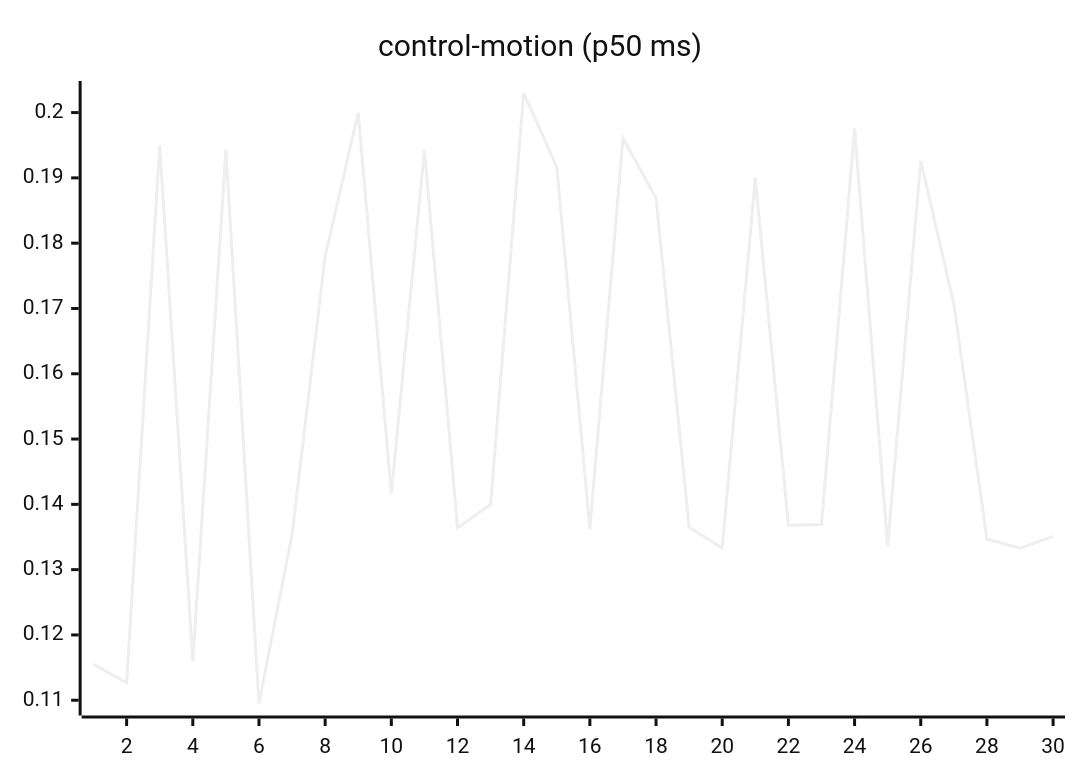
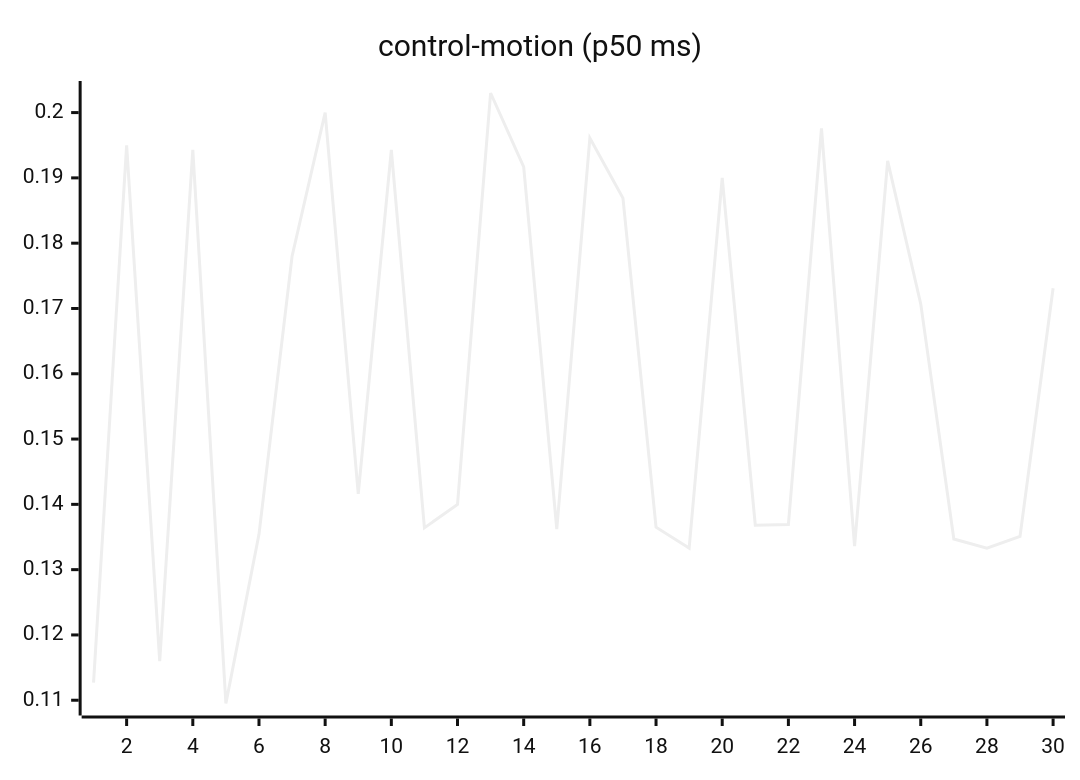
One commit to josha/Facet changed the seventh of 27 diagrams in README.md. Above: the diagram before and after it, drawn with Mermaid (neutral theme). The commit also changed other lines of this file and 2 other files, not shown here.

````diff
--- a/README.md
+++ b/README.md
@@ -105,6 +105,6 @@
 ```mermaid
 xychart-beta
     title "control-motion (p50 ms)"
     x-axis 1 --> 30
-    line [0.1155, 0.1127, 0.1950, 0.1160, 0.1943, 0.1095, 0.1354, 0.1780, 0.2000, 0.1416, 0.1943, 0.1364, 0.1400, 0.2030, 0.1917, 0.1362, 0.1961, 0.1869, 0.1365, 0.1333, 0.1900, 0.1368, 0.1369, 0.1976, 0.1336, 0.1926, 0.1707, 0.1347, 0.1333, 0.1351]
+    line [0.1127, 0.1950, 0.1160, 0.1943, 0.1095, 0.1354, 0.1780, 0.2000, 0.1416, 0.1943, 0.1364, 0.1400, 0.2030, 0.1917, 0.1362, 0.1961, 0.1869, 0.1365, 0.1333, 0.1900, 0.1368, 0.1369, 0.1976, 0.1336, 0.1926, 0.1707, 0.1347, 0.1333, 0.1351, 0.1731]
 ```
````
